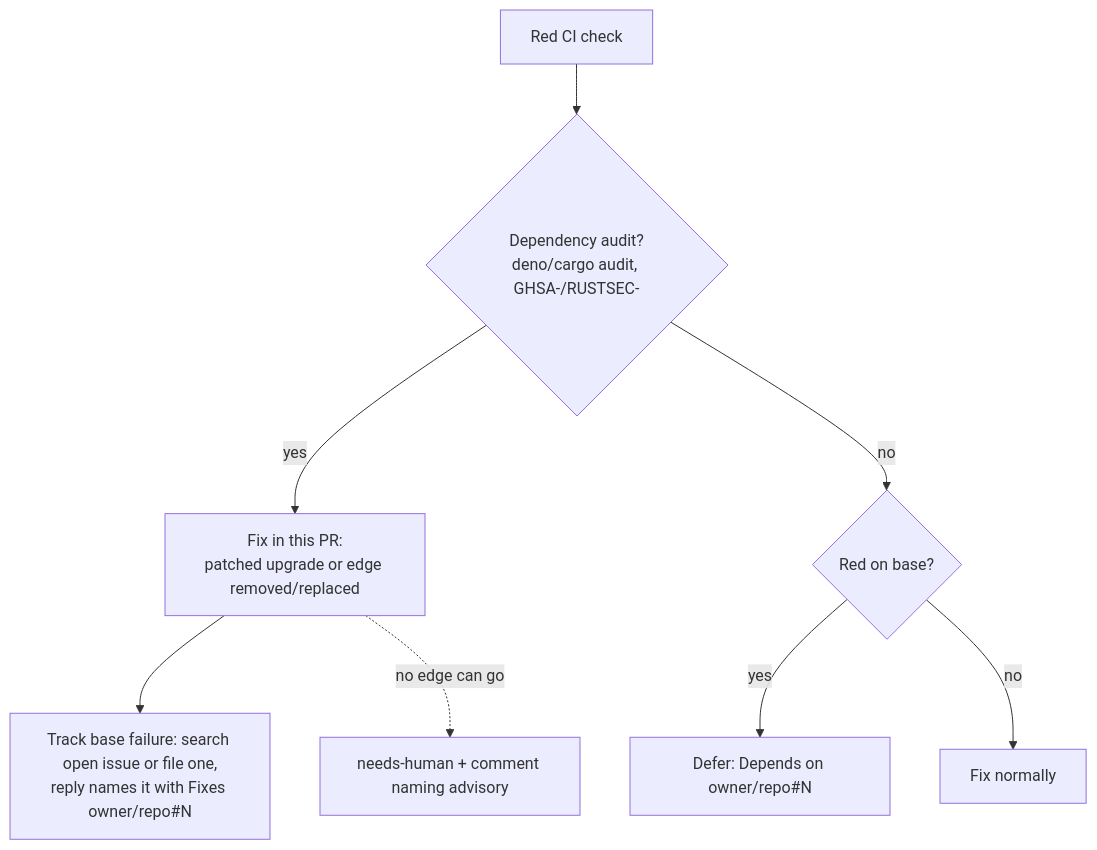
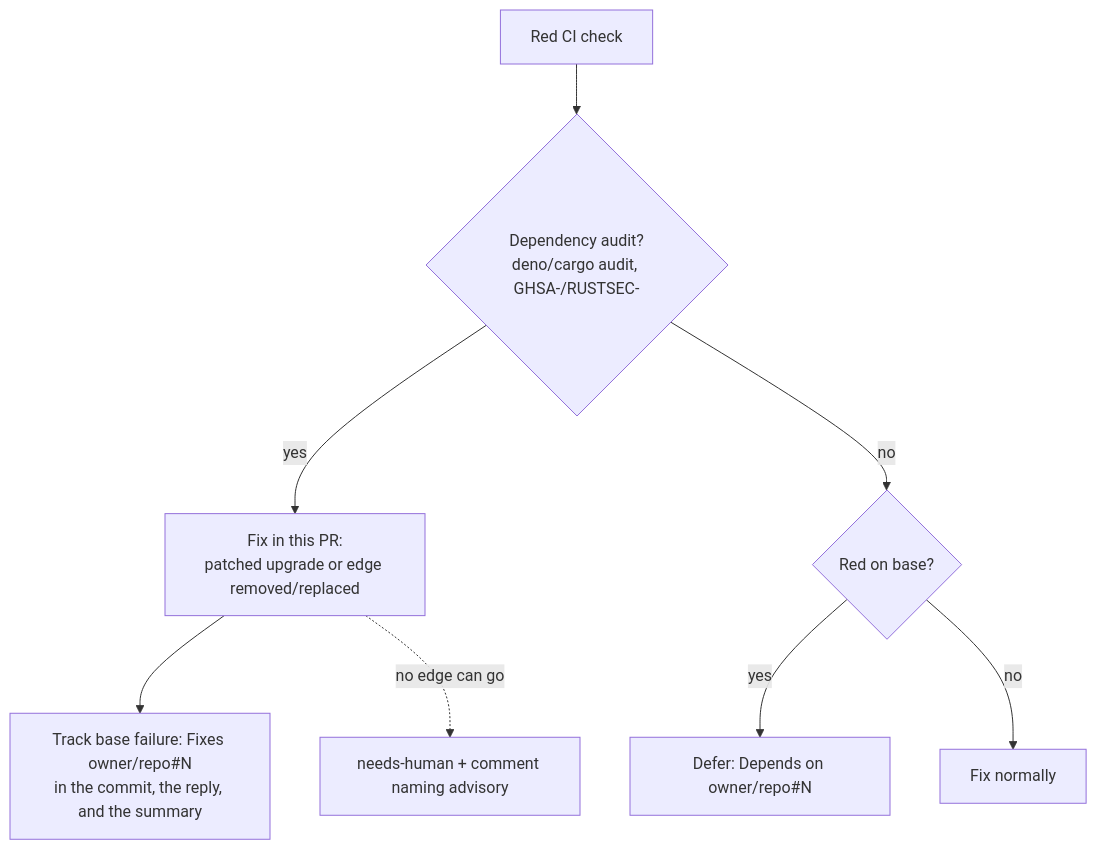
One commit to stSoftwareAU/VibeCoder changed the diagram in docs/archive/pr-summaries/pr-summary-3140.md. Above: the diagram before and after it, drawn with Mermaid. The commit also changed other lines of this file and 4 other files, not shown here.

Commit message:
Close the audit tracking issue from the commit and the PR summary, and document the audit exception (Issue #3140).

````diff
--- a/docs/archive/pr-summaries/pr-summary-3140.md
+++ b/docs/archive/pr-summaries/pr-summary-3140.md
@@ -7,10 +7,10 @@
 ```mermaid
 flowchart TD
     R[Red CI check] --> A{Dependency audit?<br/>deno/cargo audit, GHSA-/RUSTSEC-}
     A -- yes --> F[Fix in this PR:<br/>patched upgrade or edge removed/replaced]
-    F --> T[Track base failure: search open issue or file one,<br/>reply names it with Fixes owner/repo#N]
+    F --> T[Track base failure: Fixes owner/repo#N<br/>in the commit, the reply, and the summary]
     F -. no edge can go .-> H[needs-human + comment naming advisory]
     A -- no --> B{Red on base?}
     B -- yes --> D[Defer: Depends on owner/repo#N]
     B -- no --> X[Fix normally]
 ```
````
